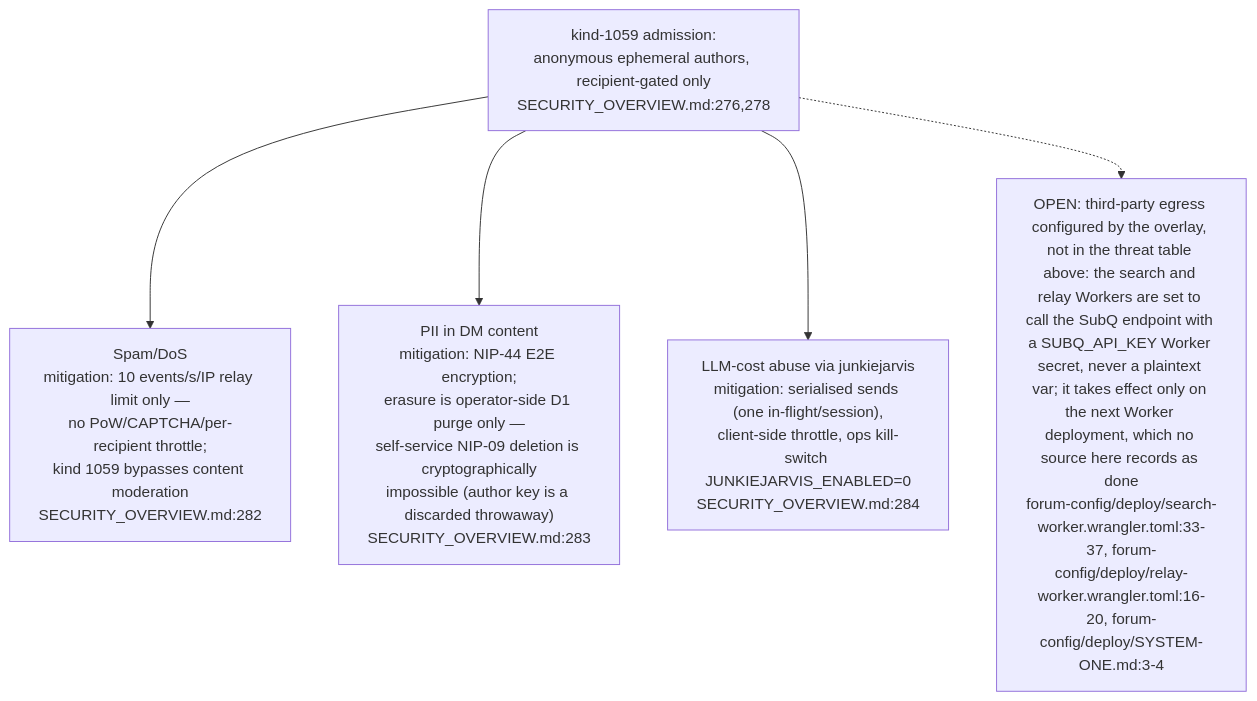
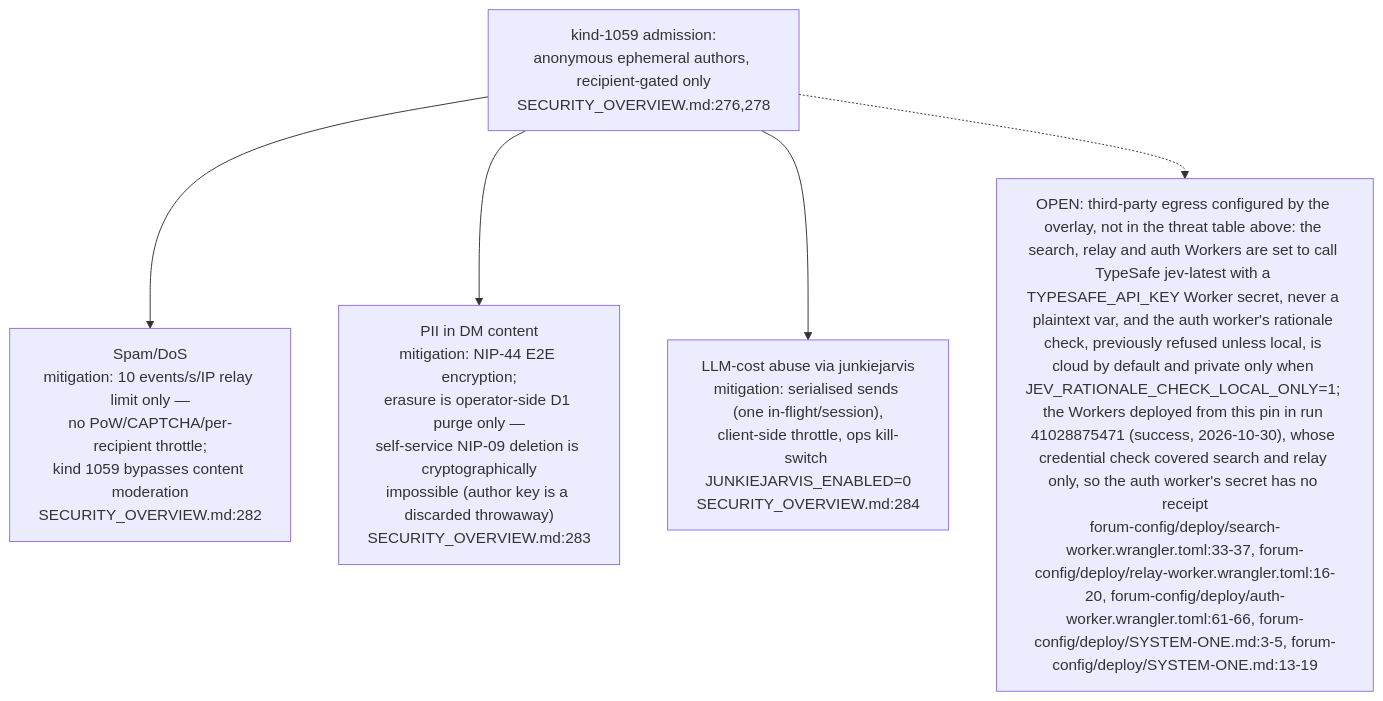
The fourth of 7 diagrams in docs/diagrams/dreamlab-ai-website/04-identity-zones-and-security-posture.md (DreamLab-AI/VisionFlow), drawn with Mermaid before and after one commit. The commit also changed other lines of this file and 142 other files, not shown here.

First line of the commit message:
docs(diagrams): one System One route; re-verify 140 topics at today's heads

````diff
--- a/docs/diagrams/dreamlab-ai-website/04-identity-zones-and-security-posture.md
+++ b/docs/diagrams/dreamlab-ai-website/04-identity-zones-and-security-posture.md
@@ -86,7 +87,7 @@
 ```mermaid
 flowchart TB
     SURFACE["kind-1059 admission:<br/>anonymous ephemeral authors, recipient-gated only<br/>SECURITY_OVERVIEW.md:276,278"] --> T1["Spam/DoS<br/>mitigation: 10 events/s/IP relay limit only —<br/>no PoW/CAPTCHA/per-recipient throttle;<br/>kind 1059 bypasses content moderation<br/>SECURITY_OVERVIEW.md:282"]
     SURFACE --> T2["PII in DM content<br/>mitigation: NIP-44 E2E encryption;<br/>erasure is operator-side D1 purge only —<br/>self-service NIP-09 deletion is cryptographically<br/>impossible (author key is a discarded throwaway)<br/>SECURITY_OVERVIEW.md:283"]
     SURFACE --> T3["LLM-cost abuse via junkiejarvis<br/>mitigation: serialised sends (one in-flight/session),<br/>client-side throttle, ops kill-switch JUNKIEJARVIS_ENABLED=0<br/>SECURITY_OVERVIEW.md:284"]
-    SURFACE -.-> T4["OPEN: third-party egress configured by the overlay, not in the threat table above: the search and relay Workers are set to call the SubQ endpoint with a SUBQ_API_KEY Worker secret, never a plaintext var; it takes effect only on the next Worker deployment, which no source here records as done<br/>forum-config/deploy/search-worker.wrangler.toml:33-37, forum-config/deploy/relay-worker.wrangler.toml:16-20, forum-config/deploy/SYSTEM-ONE.md:3-4"]
+    SURFACE -.-> T4["OPEN: third-party egress configured by the overlay, not in the threat table above: the search, relay and auth Workers are set to call TypeSafe jev-latest with a TYPESAFE_API_KEY Worker secret, never a plaintext var, and the auth worker's rationale check, previously refused unless local, is cloud by default and private only when JEV_RATIONALE_CHECK_LOCAL_ONLY=1; the Workers deployed from this pin in run 41028875471 (success, 2026-10-30), whose credential check covered search and relay only, so the auth worker's secret has no receipt<br/>forum-config/deploy/search-worker.wrangler.toml:33-37, forum-config/deploy/relay-worker.wrangler.toml:16-20, forum-config/deploy/auth-worker.wrangler.toml:61-66, forum-config/deploy/SYSTEM-ONE.md:3-5, forum-config/deploy/SYSTEM-ONE.md:13-19"]
 ```
````
